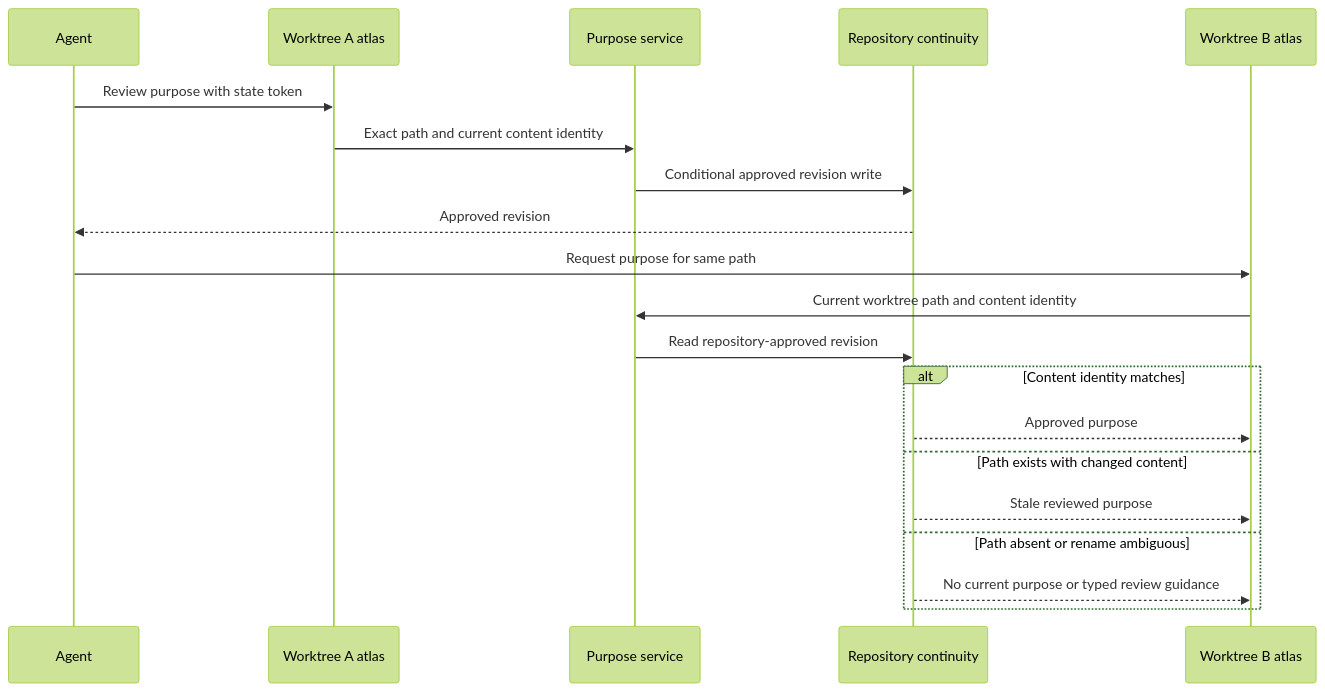
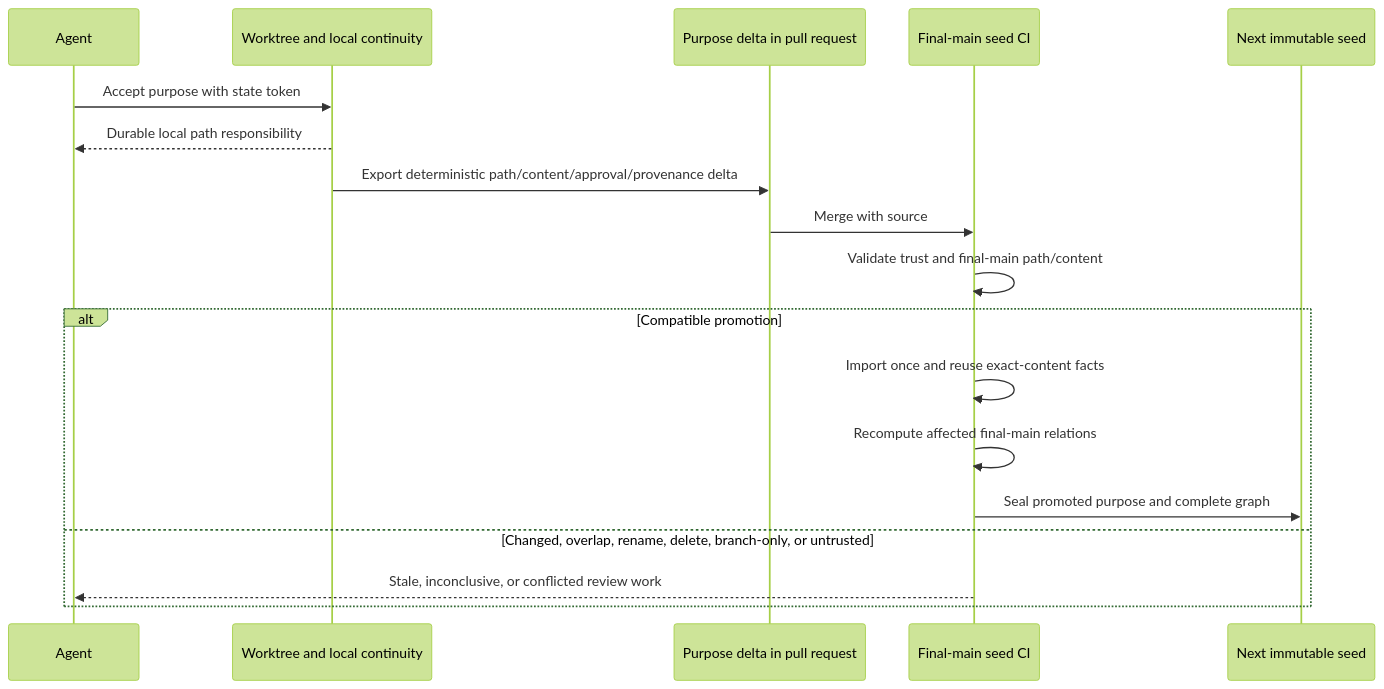
The fifth of 7 diagrams in docs/worktree-lifecycle.md (styler-ai/ProjectAtlas), drawn with Mermaid (forest theme) before and after one commit. The commit also changed other lines of this file and 7 other files, not shown here.

Commit message:
docs(openspec): expand worktree atlas continuity (#430)

````diff
--- a/docs/worktree-lifecycle.md
+++ b/docs/worktree-lifecycle.md
@@ -102,24 +173,21 @@
 ```mermaid
 sequenceDiagram
     participant Agent
-    participant WorktreeA as Worktree A atlas
-    participant Service as Purpose service
-    participant Shared as Repository continuity
-    participant WorktreeB as Worktree B atlas
+    participant Local as Worktree and local continuity
+    participant PR as Purpose delta in pull request
+    participant CI as Final-main seed CI
+    participant Seed as Next immutable seed
 
-    Agent->>WorktreeA: Review purpose with state token
-    WorktreeA->>Service: Exact path and current content identity
-    Service->>Shared: Conditional approved revision write
-    Shared-->>Agent: Approved revision
-
-    Agent->>WorktreeB: Request purpose for same path
-    WorktreeB->>Service: Current worktree path and content identity
-    Service->>Shared: Read repository-approved revision
-    alt Content identity matches
-        Shared-->>WorktreeB: Approved purpose
-    else Path exists with changed content
-        Shared-->>WorktreeB: Stale reviewed purpose
-    else Path absent or rename ambiguous
-        Shared-->>WorktreeB: No current purpose or typed review guidance
+    Agent->>Local: Accept purpose with state token
+    Local-->>Agent: Durable local path responsibility
+    Local->>PR: Export deterministic path/content/approval/provenance delta
+    PR->>CI: Merge with source
+    CI->>CI: Validate trust and final-main path/content
+    alt Compatible promotion
+        CI->>CI: Import once and reuse exact-content facts
+        CI->>CI: Recompute affected final-main relations
+        CI->>Seed: Seal promoted purpose and complete graph
+    else Changed, overlap, rename, delete, branch-only, or untrusted
+        CI-->>Agent: Stale, inconclusive, or conflicted review work
     end
 ```
````
